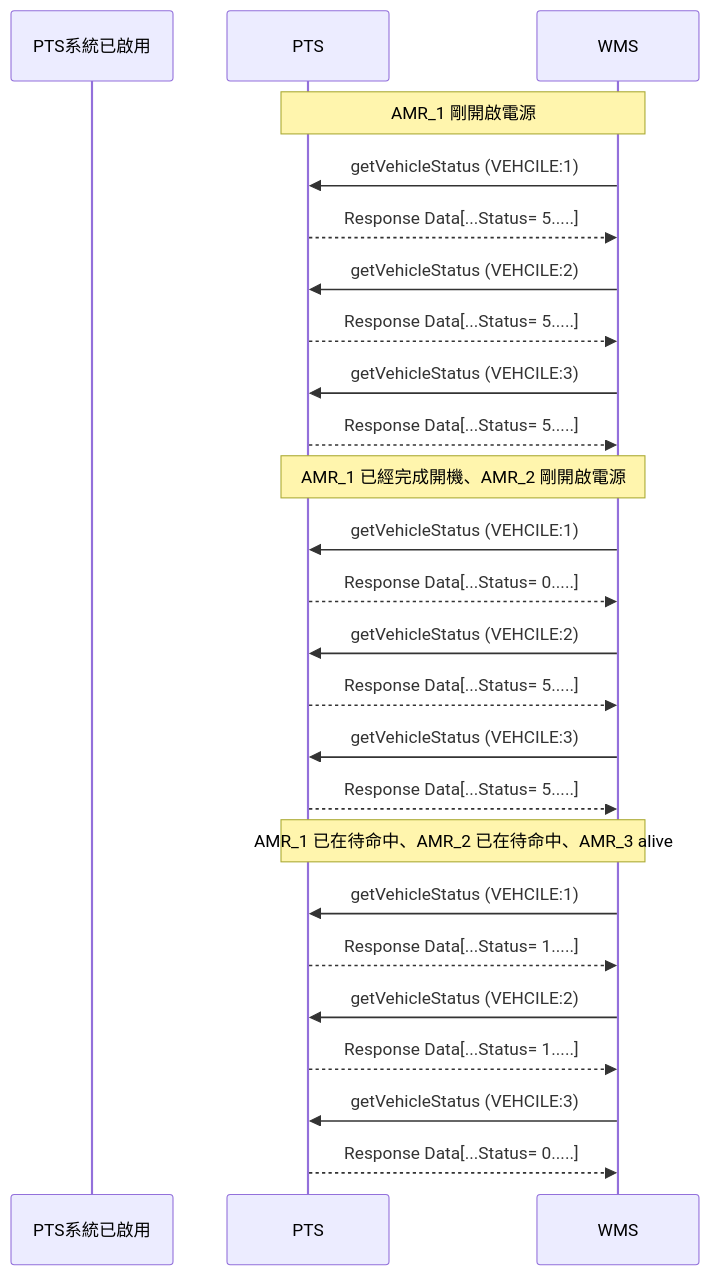
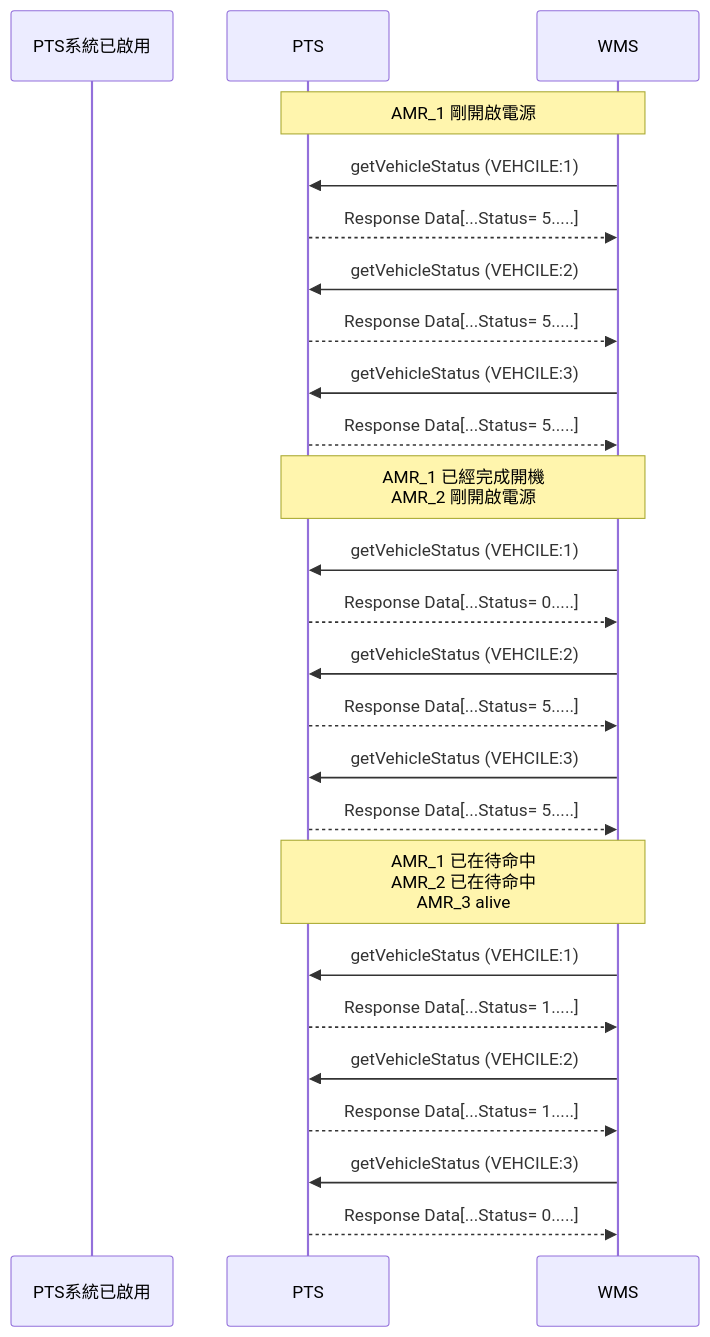
Before and after one commit to athena-tircgo/amr-wms-lsj: the fifth of 9 diagrams in README.md, drawn with Mermaid.

````diff
--- a/README.md
+++ b/README.md
@@ -335,33 +335,32 @@
 ```mermaid
 sequenceDiagram
     participant PTS系統已啟用
     participant PTS
     participant WMS
 
     note over PTS,WMS: AMR_1 剛開啟電源
         WMS->>PTS:getVehicleStatus (VEHCILE:1)
         PTS-->>WMS:Response Data[...Status= 5.....]
         WMS->>PTS:getVehicleStatus (VEHCILE:2)
         PTS-->>WMS:Response  Data[...Status= 5.....]
         WMS->>PTS:getVehicleStatus (VEHCILE:3)
         PTS-->>WMS:Response  Data[...Status= 5.....]
 
-    note over PTS,WMS: AMR_1 已經完成開機、AMR_2 剛開啟電源
+    note over PTS,WMS: AMR_1 已經完成開機<br>AMR_2 剛開啟電源
         WMS->>PTS:getVehicleStatus (VEHCILE:1)
         PTS-->>WMS:Response Data[...Status= 0.....]
         WMS->>PTS:getVehicleStatus (VEHCILE:2)
         PTS-->>WMS:Response  Data[...Status= 5.....]
         WMS->>PTS:getVehicleStatus (VEHCILE:3)
         PTS-->>WMS:Response  Data[...Status= 5.....]
 
- 　　note over PTS,WMS: AMR_1 已在待命中、AMR_2 已在待命中、AMR_3 alive
+ 　　note over PTS,WMS: AMR_1 已在待命中<br>AMR_2 已在待命中<br>AMR_3 alive
         WMS->>PTS:getVehicleStatus (VEHCILE:1)
         PTS-->>WMS:Response Data[...Status= 1.....]
         WMS->>PTS:getVehicleStatus (VEHCILE:2)
         PTS-->>WMS:Response  Data[...Status= 1.....]
         WMS->>PTS:getVehicleStatus (VEHCILE:3)
         PTS-->>WMS:Response  Data[...Status= 0.....]
 
 
-
 ```
````
